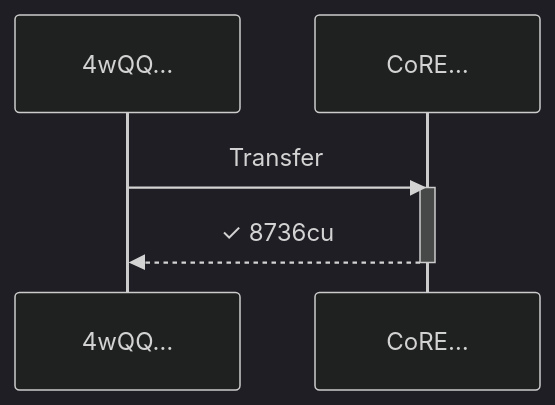
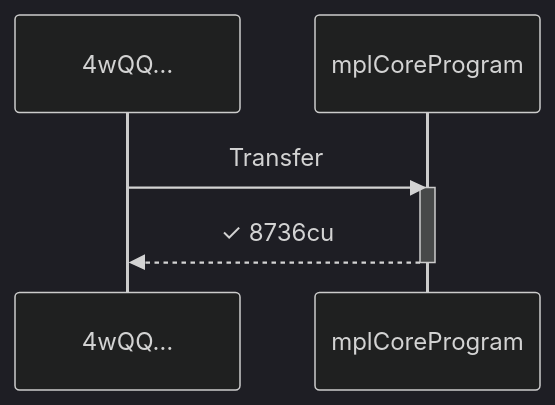
Diagram 13 of 15 in babelfish-tests/test-report/unfreeze_collection_restores_transfer_for_non_transferable_campaign.md (cds-turbin3/vesting-position), drawn with Mermaid (dark theme) before and after one commit. The commit also changed other lines of this file and 106 other files, not shown here.

````diff
--- a/babelfish-tests/test-report/unfreeze_collection_restores_transfer_for_non_transferable_campaign.md
+++ b/babelfish-tests/test-report/unfreeze_collection_restores_transfer_for_non_transferable_campaign.md
@@ -511,9 +509,9 @@
 ```mermaid
 sequenceDiagram
     participant p0 as 4wQQ…
-    participant p1 as CoRE…
+    participant p1 as mplCoreProgram
     p0->>p1: Transfer
     activate p1
     p1-->>p0: ✓ 8736cu
     deactivate p1
 ```
````
